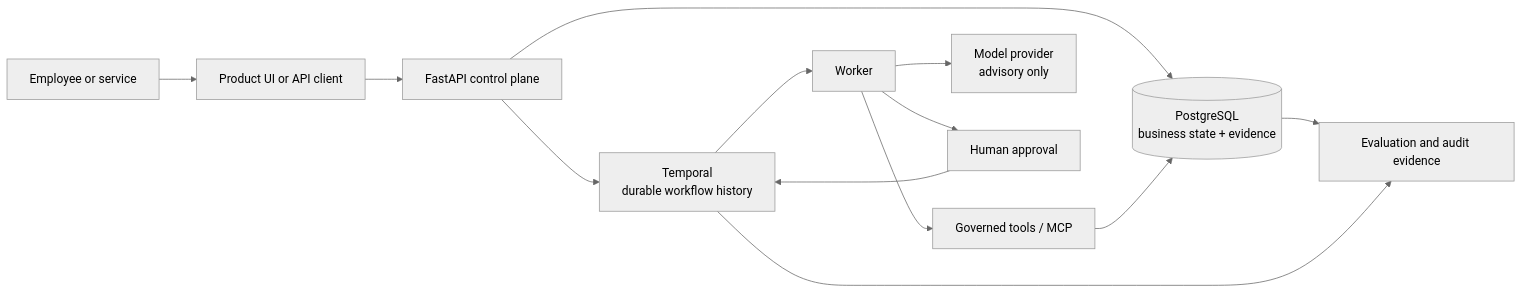
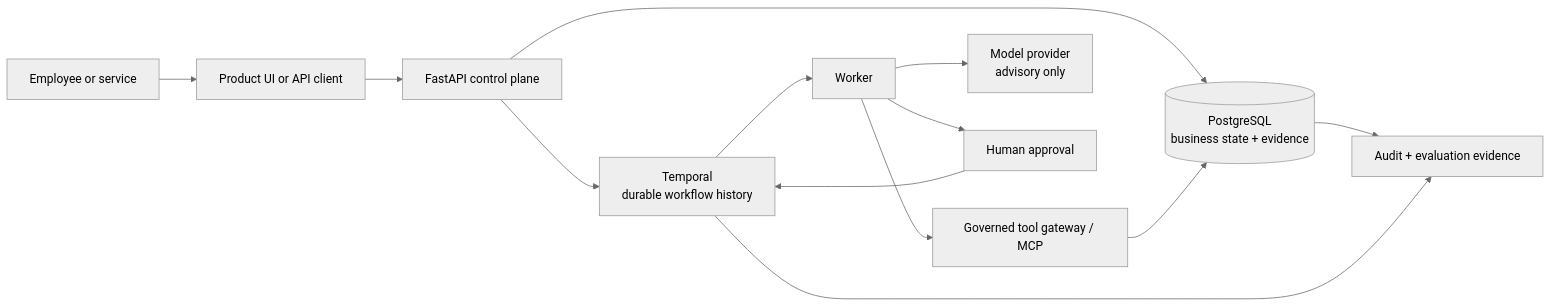
One commit to kabbersokhi-boop/agents-should-survive-failure changed the diagram in README.md. Above: the diagram before and after it, drawn with Mermaid (neutral theme). The commit also changed other lines of this file, not shown here.

````diff
--- a/README.md
+++ b/README.md
@@ -90,15 +104,15 @@
 ```mermaid
 flowchart LR
-    User[Employee or service] --> App[Product UI or API client]
-    App --> API[FastAPI control plane]
+    User[Employee or service] --> Product[Product UI or API client]
+    Product --> API[FastAPI control plane]
     API --> DB[(PostgreSQL\nbusiness state + evidence)]
     API --> T[Temporal\ndurable workflow history]
     T --> W[Worker]
-    W --> G[Governed tools / MCP]
+    W --> G[Governed tool gateway / MCP]
     W --> M[Model provider\nadvisory only]
     W --> H[Human approval]
     G --> DB
     H --> T
-    DB --> E[Evaluation and audit evidence]
+    DB --> E[Audit + evaluation evidence]
     T --> E
 ```
````
